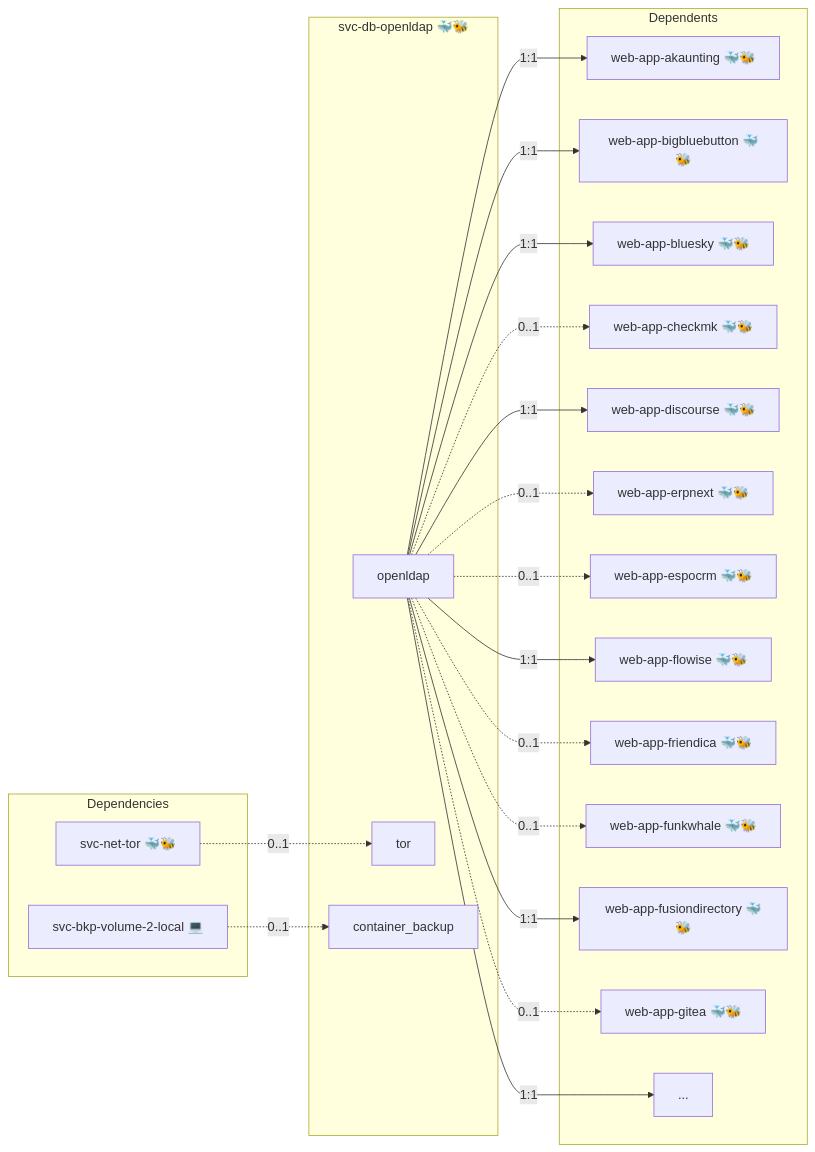
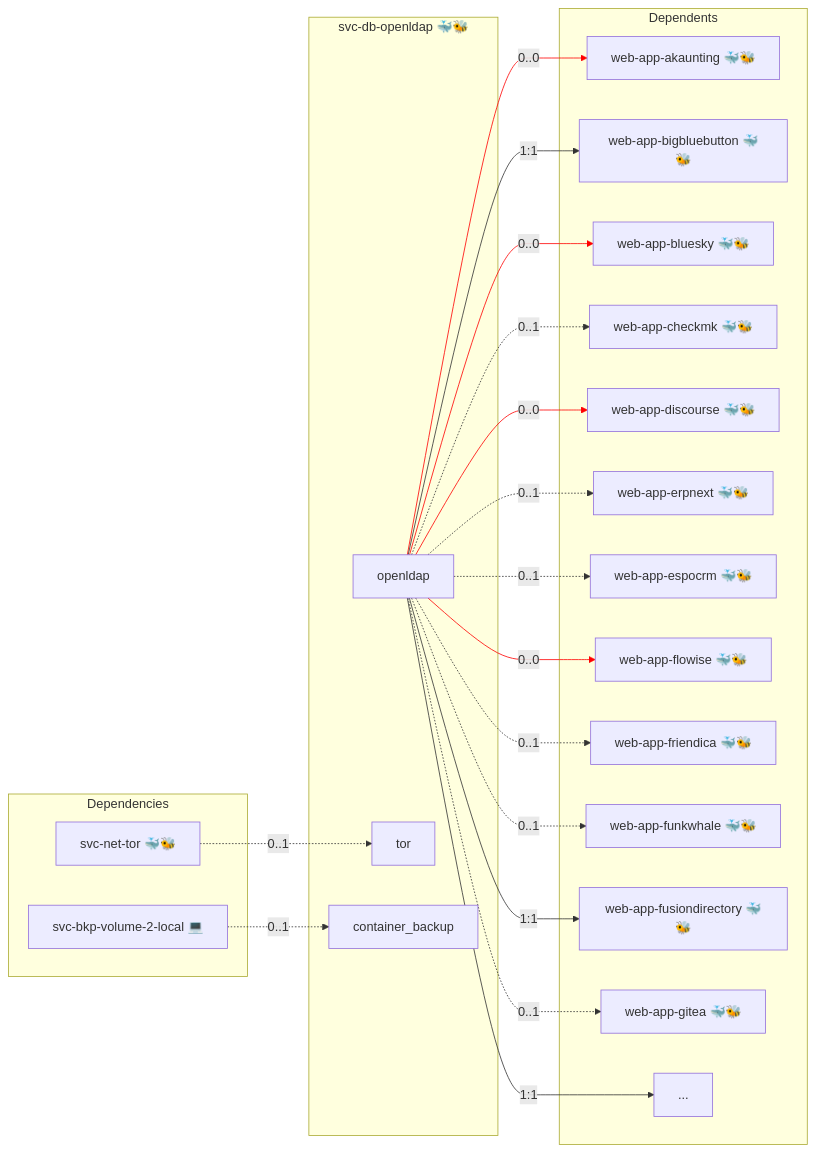
Before and after one commit to AlejandroRomanIbanez/infinito-nexus: the diagram in roles/svc-db-openldap/README.md, drawn with Mermaid. The commit also changed other lines of this file and 256 other files, not shown here.

````diff
--- a/roles/svc-db-openldap/README.md
+++ b/roles/svc-db-openldap/README.md
@@ -15,42 +15,43 @@
 ```mermaid
 flowchart LR
     subgraph deps [Dependencies]
         dep_svc_bkp_volume_2_local["svc-bkp-volume-2-local 💻"]
         dep_svc_net_tor["svc-net-tor 🐳🐝"]
     end
     subgraph role [svc-db-openldap 🐳🐝]
         svc_openldap["openldap"]
         svc_tor["tor"]
         svc_container_backup["container_backup"]
     end
     subgraph dependents [Dependents]
         dpt_web_app_akaunting["web-app-akaunting 🐳🐝"]
         dpt_web_app_bigbluebutton["web-app-bigbluebutton 🐳🐝"]
         dpt_web_app_bluesky["web-app-bluesky 🐳🐝"]
         dpt_web_app_checkmk["web-app-checkmk 🐳🐝"]
         dpt_web_app_discourse["web-app-discourse 🐳🐝"]
         dpt_web_app_erpnext["web-app-erpnext 🐳🐝"]
         dpt_web_app_espocrm["web-app-espocrm 🐳🐝"]
         dpt_web_app_flowise["web-app-flowise 🐳🐝"]
         dpt_web_app_friendica["web-app-friendica 🐳🐝"]
         dpt_web_app_funkwhale["web-app-funkwhale 🐳🐝"]
         dpt_web_app_fusiondirectory["web-app-fusiondirectory 🐳🐝"]
         dpt_web_app_gitea["web-app-gitea 🐳🐝"]
         dpt_more["..."]
     end
     dep_svc_bkp_volume_2_local -. "0..1" .-> svc_container_backup
     dep_svc_net_tor -. "0..1" .-> svc_tor
     svc_openldap -- "1:1" --> dpt_more
-    svc_openldap -- "1:1" --> dpt_web_app_akaunting
+    svc_openldap -- "0..0" --> dpt_web_app_akaunting
     svc_openldap -- "1:1" --> dpt_web_app_bigbluebutton
-    svc_openldap -- "1:1" --> dpt_web_app_bluesky
+    svc_openldap -- "0..0" --> dpt_web_app_bluesky
     svc_openldap -. "0..1" .-> dpt_web_app_checkmk
-    svc_openldap -- "1:1" --> dpt_web_app_discourse
+    svc_openldap -- "0..0" --> dpt_web_app_discourse
     svc_openldap -. "0..1" .-> dpt_web_app_erpnext
     svc_openldap -. "0..1" .-> dpt_web_app_espocrm
-    svc_openldap -- "1:1" --> dpt_web_app_flowise
+    svc_openldap -- "0..0" --> dpt_web_app_flowise
     svc_openldap -. "0..1" .-> dpt_web_app_friendica
     svc_openldap -. "0..1" .-> dpt_web_app_funkwhale
     svc_openldap -- "1:1" --> dpt_web_app_fusiondirectory
     svc_openldap -. "0..1" .-> dpt_web_app_gitea
+    linkStyle 3,5,7,10 stroke:red;
 ```
````
